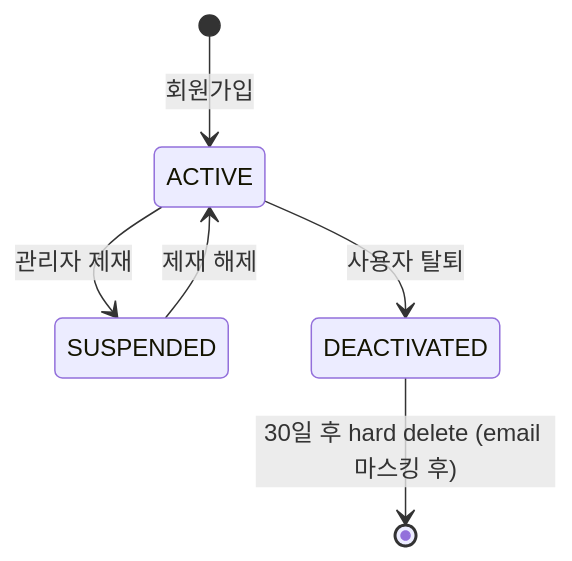
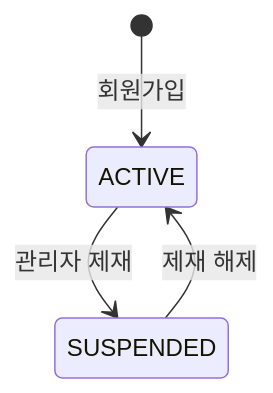
Before and after one commit to Tae0072/2nd-Team-Project: the fifth of 7 diagrams in 02_ERD_문서.md, drawn with Mermaid. The commit also changed other lines of this file and 9 other files, not shown here.

````diff
--- a/02_ERD_문서.md
+++ b/02_ERD_문서.md
@@ -694,8 +777,6 @@
 ```mermaid
 stateDiagram-v2
     [*] --> ACTIVE: 회원가입
     ACTIVE --> SUSPENDED: 관리자 제재
-    ACTIVE --> DEACTIVATED: 사용자 탈퇴
     SUSPENDED --> ACTIVE: 제재 해제
-    DEACTIVATED --> [*]: 30일 후 hard delete (email 마스킹 후)
 ```
````
